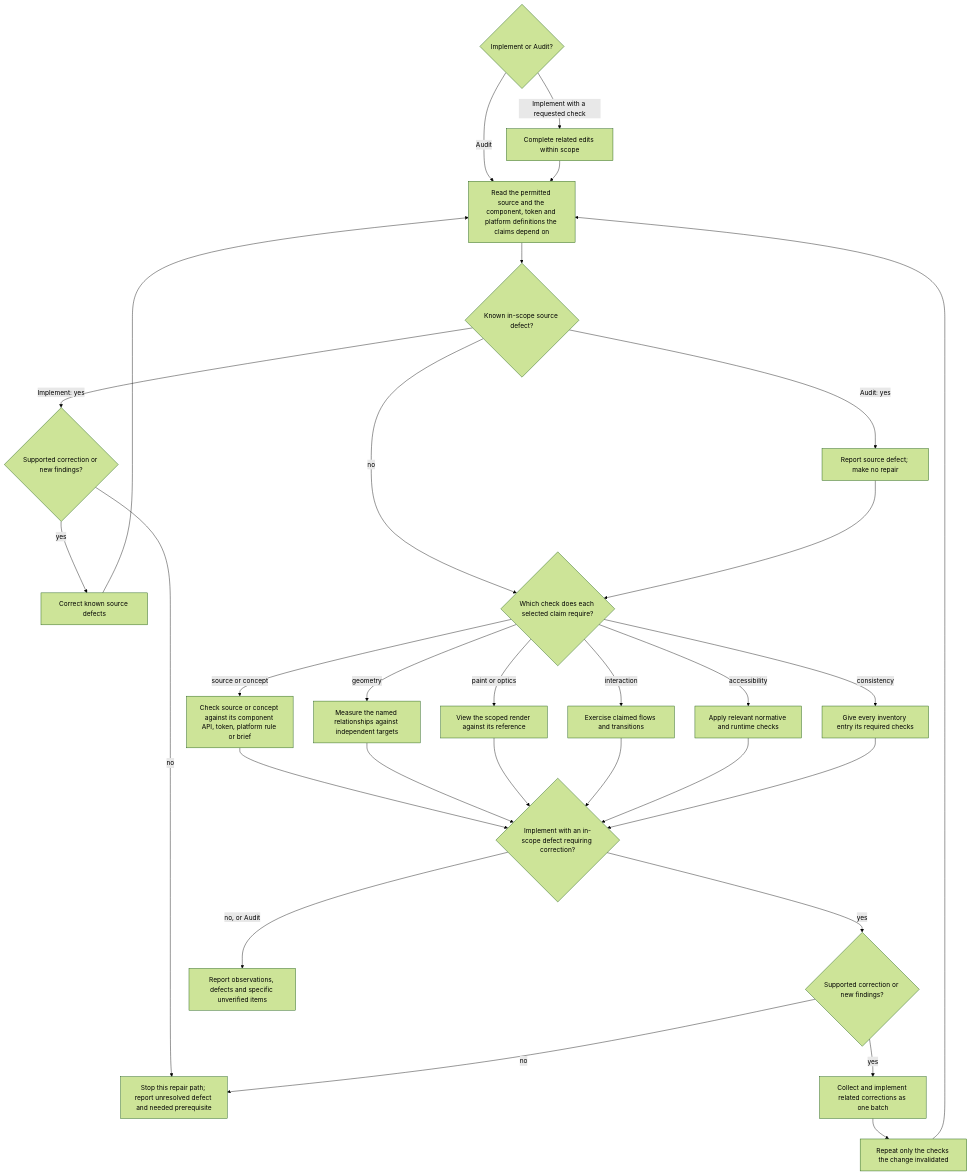
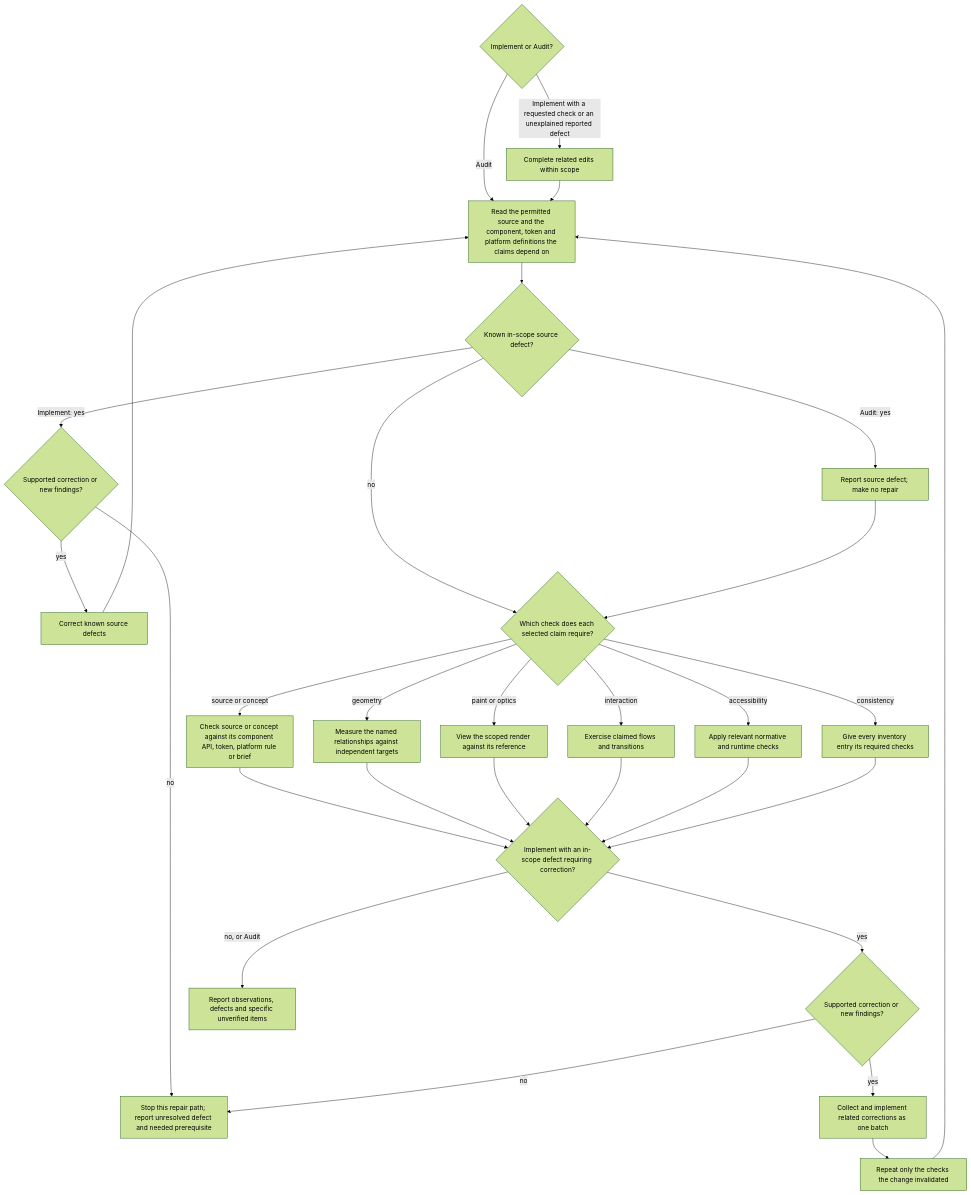
One commit to benjaminstelzer/scoville-suite-for-codex-mainloop changed the diagram in members/scoville-ui/scoville-ui/references/validation.md. Above: the diagram before and after it, drawn with Mermaid (forest theme). The commit also changed other lines of this file and 183 other files, not shown here.

````diff
--- a/members/scoville-ui/scoville-ui/references/validation.md
+++ b/members/scoville-ui/scoville-ui/references/validation.md
@@ -114,33 +103,33 @@
 ```mermaid
 flowchart TD
   mode{"Implement or Audit?"}
-  mode -->|Implement with a requested check| batch["Complete related edits within scope"]
+  mode -->|Implement with a requested check or an unexplained reported defect| batch["Complete related edits within scope"]
   mode -->|Audit| source["Read the permitted source and the component, token and platform definitions the claims depend on"]
   batch --> source
   source --> defect{"Known in-scope source defect?"}
   defect -->|Implement: yes| approach{"Supported correction or new findings?"}
   approach -->|yes| fix["Correct known source defects"]
   approach -->|no| stalled["Stop this repair path; report unresolved defect and needed prerequisite"]
   defect -->|Audit: yes| note["Report source defect; make no repair"]
   defect -->|no| claim{"Which check does each selected claim require?"}
   fix --> source
   note --> claim
   claim -->|source or concept| reasoning["Check source or concept against its component API, token, platform rule or brief"]
   claim -->|geometry| measure["Measure the named relationships against independent targets"]
   claim -->|paint or optics| sight["View the scoped render against its reference"]
   claim -->|interaction| interact["Exercise claimed flows and transitions"]
   claim -->|accessibility| access["Apply relevant normative and runtime checks"]
   claim -->|consistency| coverage["Give every inventory entry its required checks"]
   reasoning --> result{"Implement with an in-scope defect requiring correction?"}
   measure --> result
   sight --> result
   interact --> result
   access --> result
   coverage --> result
   result -->|yes| nextApproach{"Supported correction or new findings?"}
   nextApproach -->|yes| correct["Collect and implement related corrections as one batch"]
   nextApproach -->|no| stalled
   correct --> refresh["Repeat only the checks the change invalidated"]
   refresh --> source
   result -->|no, or Audit| report["Report observations, defects and specific unverified items"]
 ```
````
